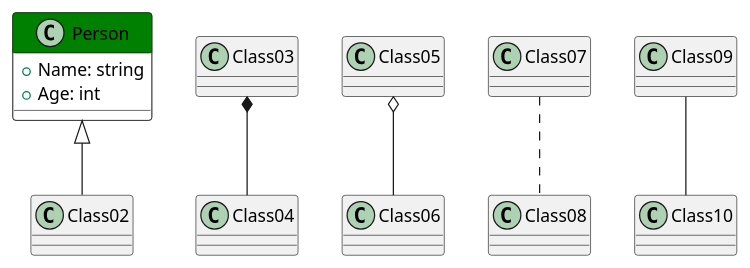
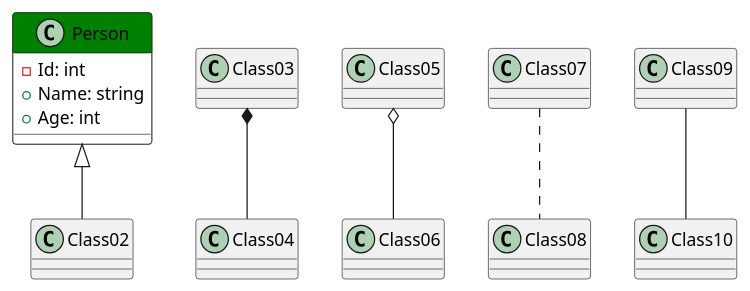
Before and after one commit to Pasgaard/Xperior-Sandbox: the diagram in test.iuml, drawn with PlantUML.

```diff
--- a/test.iuml
+++ b/test.iuml
@@ -1,12 +1,13 @@
 @startuml
 Class Person #back:white;header:Green
 {
+- Id: int
 + Name: string
 + Age: int
 }
 Person <|-- Class02
 Class03 *-- Class04
 Class05 o-- Class06
 Class07 .. Class08
 Class09 -- Class10
 @enduml
```
